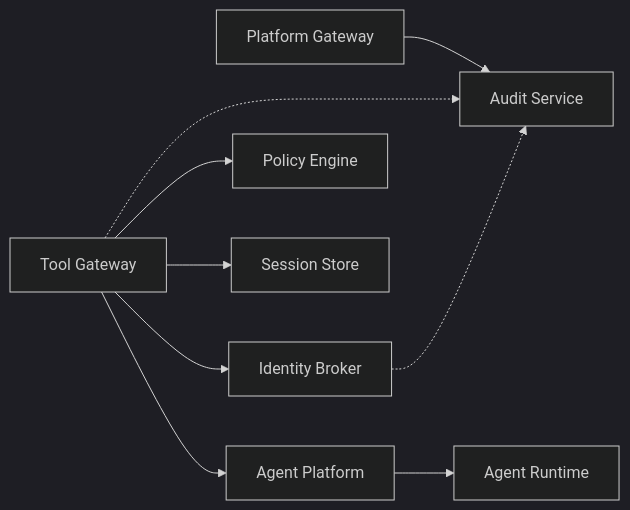
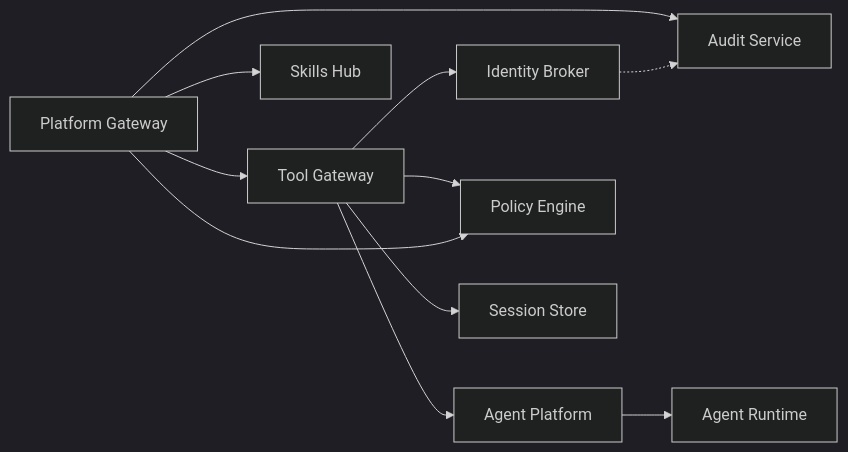
Before and after one commit to metasync/luban-aiops: the third of 3 diagrams in .qoder/repowiki/en/content/API Reference/API Reference.md, drawn with Mermaid (dark theme). The commit also changed other lines of this file and 26 other files, not shown here.

````diff
--- a/.qoder/repowiki/en/content/API Reference/API Reference.md
+++ b/.qoder/repowiki/en/content/API Reference/API Reference.md
@@ -509,11 +528,13 @@
 ```mermaid
 graph LR
 TG["Tool Gateway"] --> IB["Identity Broker"]
 TG --> AP["Agent Platform"]
 TG --> PE["Policy Engine"]
 TG --> SS["Session Store"]
-PG["Platform Gateway"] --> AS["Audit Service"]
+PG["Platform Gateway"] --> PE
+PG --> AS["Audit Service"]
+PG --> TG
+PG --> SH["Skills Hub"]
 AP --> RT["Agent Runtime"]
-TG -.-> AS
 IB -.-> AS
 ```
````
